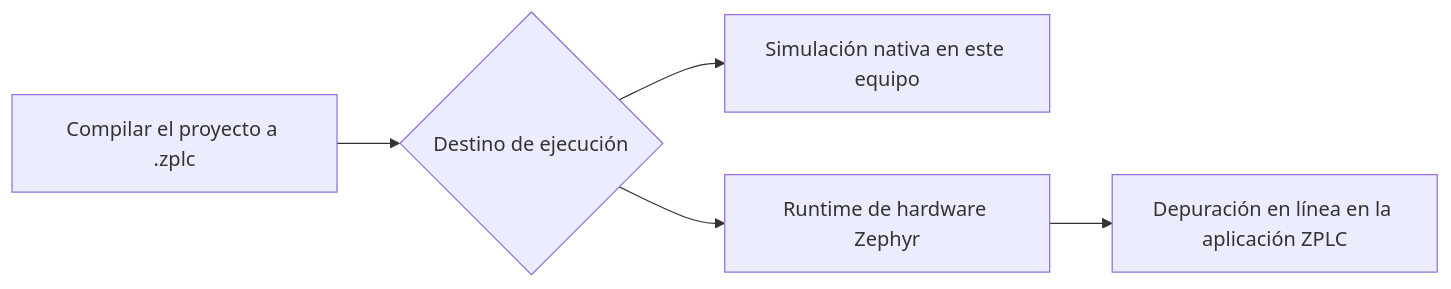
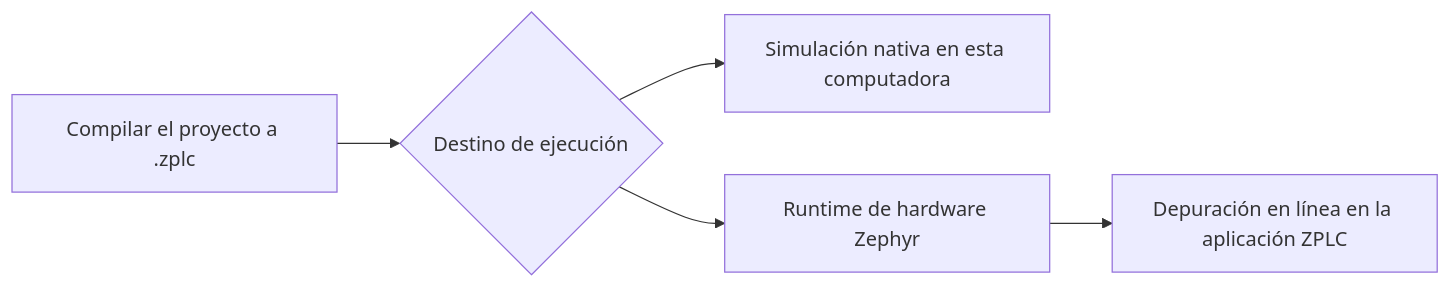
One commit to eduardojvieira/ZPLC changed the diagram in docs/i18n/es/docusaurus-plugin-content-docs/current/integration/index.md. Above: the diagram before and after it, drawn with Mermaid. The commit also changed other lines of this file and 68 other files, not shown here.

````diff
--- a/docs/i18n/es/docusaurus-plugin-content-docs/current/integration/index.md
+++ b/docs/i18n/es/docusaurus-plugin-content-docs/current/integration/index.md
@@ -18,7 +18,7 @@
 ```mermaid
 flowchart LR
   A[Compilar el proyecto a .zplc] --> B{Destino de ejecución}
-  B --> D[Simulación nativa en este equipo]
+  B --> D[Simulación nativa en esta computadora]
   B --> E[Runtime de hardware Zephyr]
   E --> F[Depuración en línea en la aplicación ZPLC]
 ```
````
